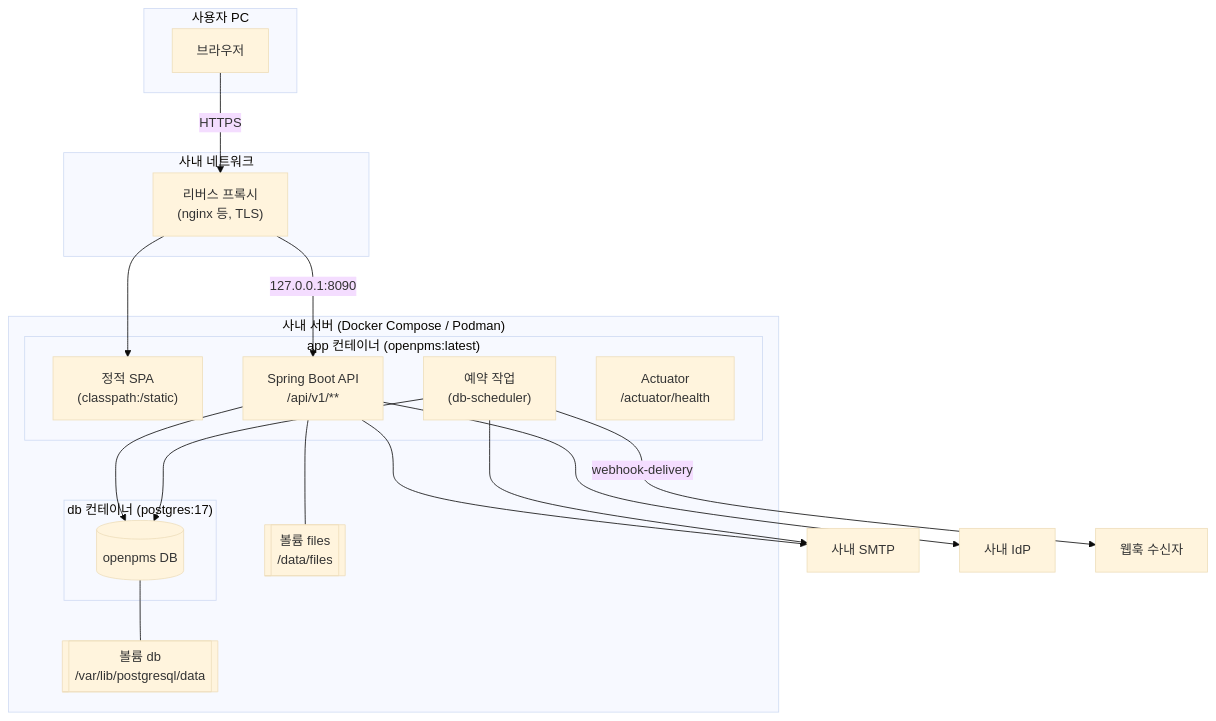
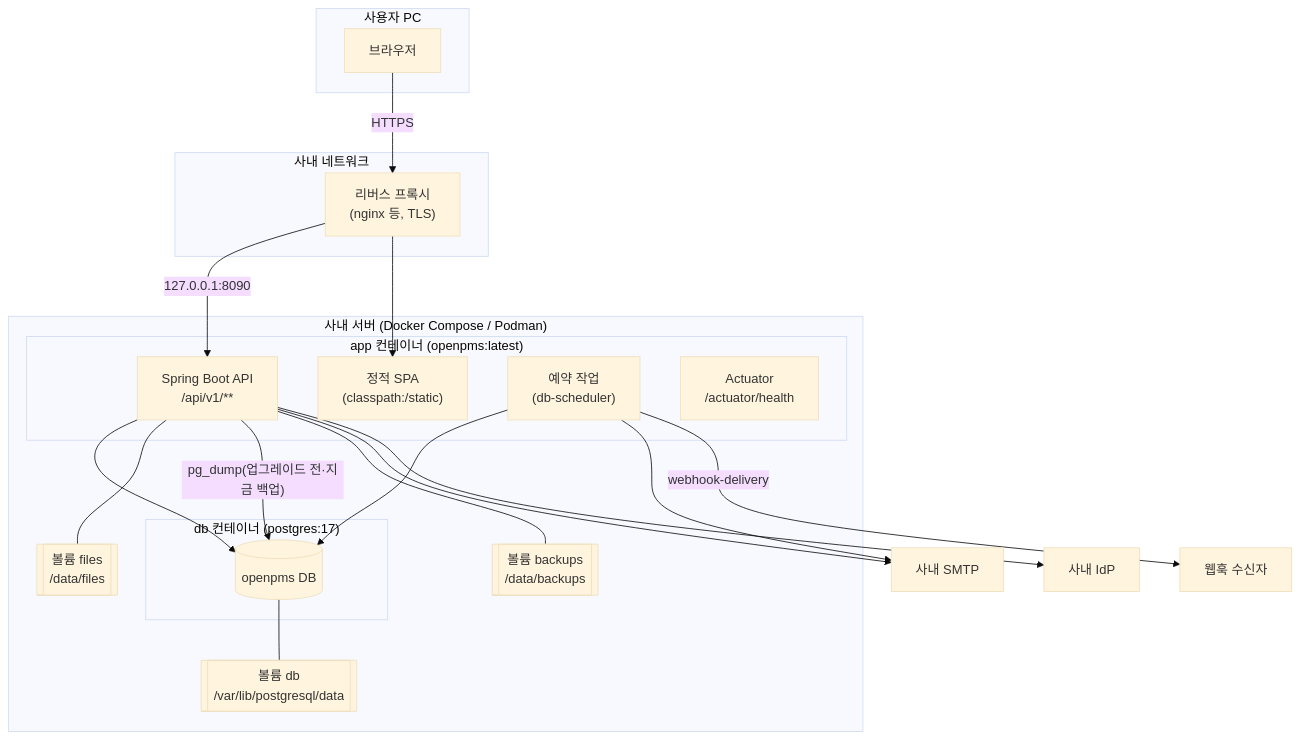
Before and after one commit to outlet13f/openPMS: the second of 8 diagrams in docs/deliverables/03-아키텍처설계서.md, drawn with Mermaid (base theme). The commit also changed other lines of this file and 16 other files, not shown here.

````diff
--- a/docs/deliverables/03-아키텍처설계서.md
+++ b/docs/deliverables/03-아키텍처설계서.md
@@ -144,37 +146,40 @@
 ```mermaid
 flowchart TB
     subgraph client["사용자 PC"]
         browser["브라우저"]
     end
     subgraph edge["사내 네트워크"]
         rp["리버스 프록시<br/>(nginx 등, TLS)"]
     end
     subgraph host["사내 서버 (Docker Compose / Podman)"]
         subgraph appc["app 컨테이너 (openpms:latest)"]
             spa["정적 SPA<br/>(classpath:/static)"]
             api["Spring Boot API<br/>/api/v1/**"]
             jobs["예약 작업<br/>(db-scheduler)"]
             act["Actuator<br/>/actuator/health"]
         end
         subgraph dbc["db 컨테이너 (postgres:17)"]
             pg[("openpms DB")]
         end
         vfiles[["볼륨 files<br/>/data/files"]]
         vdb[["볼륨 db<br/>/var/lib/postgresql/data"]]
+        vbackups[["볼륨 backups<br/>/data/backups"]]
     end
     smtp["사내 SMTP"]
     idp["사내 IdP"]
     hook["웹훅 수신자"]
 
     browser -- HTTPS --> rp
     rp -- "127.0.0.1:8090" --> api
     rp --> spa
     api --> pg
     jobs --> pg
     api --- vfiles
+    api -- "pg_dump(업그레이드 전·지금 백업)" --> pg
+    api --- vbackups
     pg --- vdb
     api --> smtp
     jobs --> smtp
     api --> idp
     jobs -- "webhook-delivery" --> hook
 ```
````
